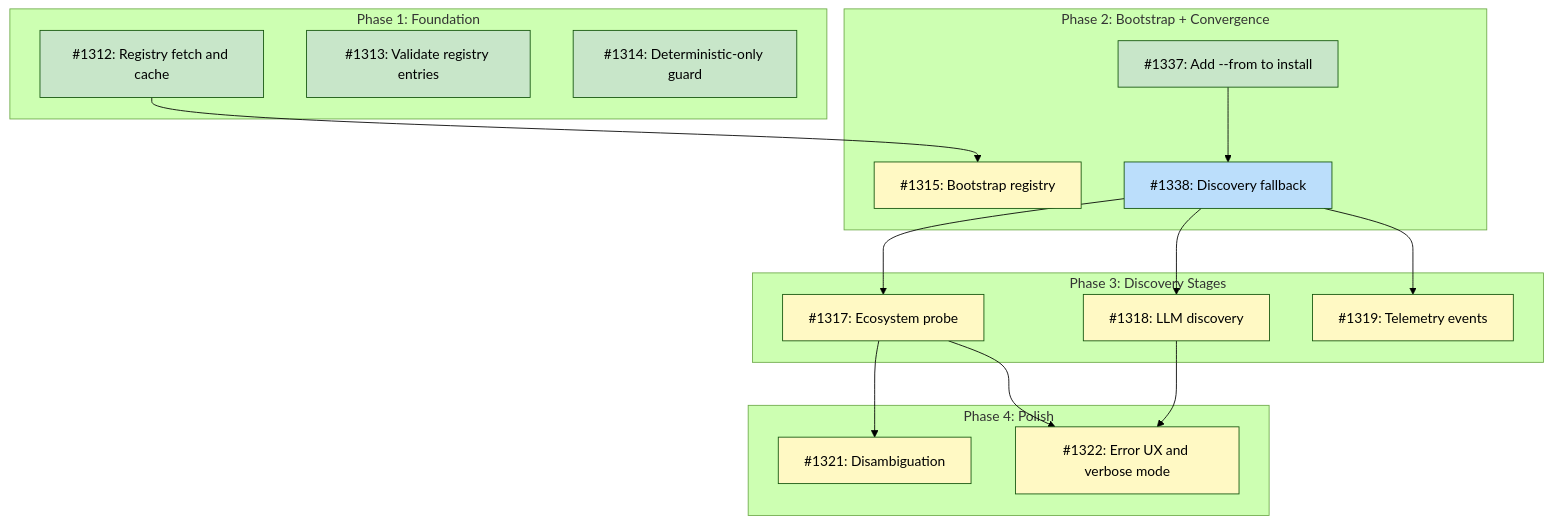
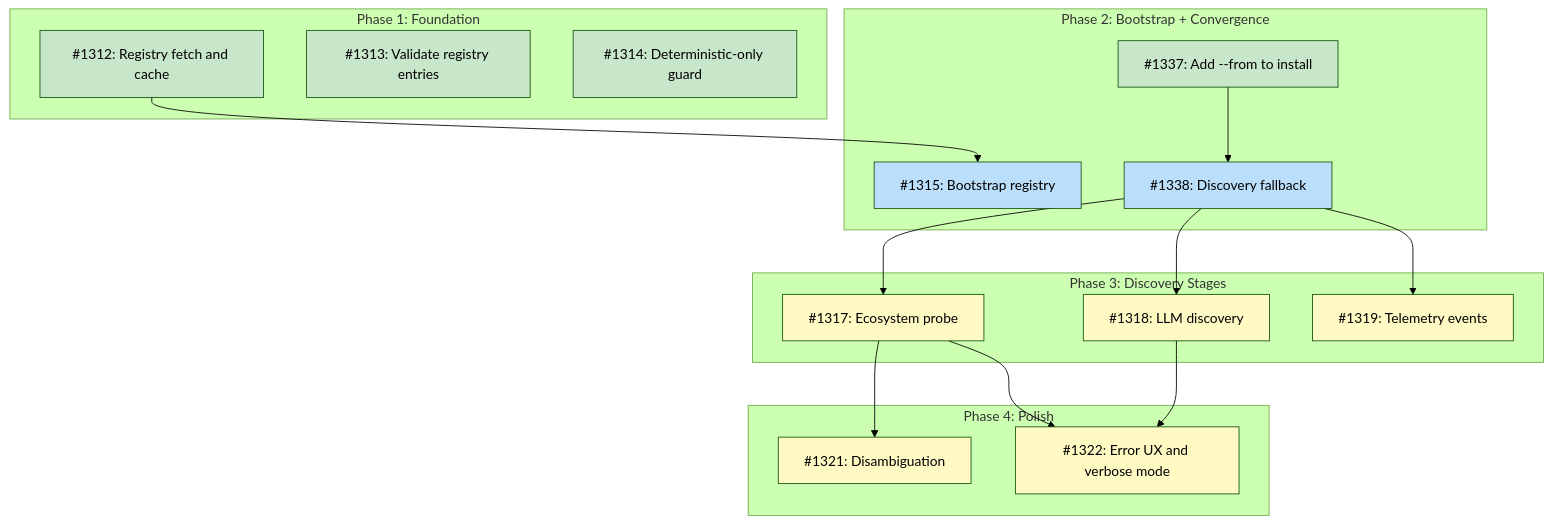
The diagram in docs/designs/DESIGN-discovery-resolver.md (tsukumogami/tsuku), drawn with Mermaid (forest theme) before and after one commit. The commit also changed 4 other files, not shown here.

Commit message:
chore: fix CI — remove wip artifacts, fix diagram class for #1315

````diff
--- a/docs/designs/DESIGN-discovery-resolver.md
+++ b/docs/designs/DESIGN-discovery-resolver.md
@@ -60,46 +60,46 @@
 ```mermaid
 graph TD
     subgraph Phase1["Phase 1: Foundation"]
         I1312["#1312: Registry fetch and cache"]
         I1313["#1313: Validate registry entries"]
         I1314["#1314: Deterministic-only guard"]
     end
 
     subgraph Phase2["Phase 2: Bootstrap + Convergence"]
         I1315["#1315: Bootstrap registry"]
         I1337["#1337: Add --from to install"]
         I1338["#1338: Discovery fallback"]
     end
 
     subgraph Phase3["Phase 3: Discovery Stages"]
         I1317["#1317: Ecosystem probe"]
         I1318["#1318: LLM discovery"]
         I1319["#1319: Telemetry events"]
     end
 
     subgraph Phase4["Phase 4: Polish"]
         I1321["#1321: Disambiguation"]
         I1322["#1322: Error UX and verbose mode"]
     end
 
     I1312 --> I1315
     I1337 --> I1338
     I1338 --> I1317
     I1338 --> I1318
     I1338 --> I1319
     I1317 --> I1321
     I1317 --> I1322
     I1318 --> I1322
 
     classDef done fill:#c8e6c9
     classDef ready fill:#bbdefb
     classDef blocked fill:#fff9c4
     classDef needsDesign fill:#e1bee7
 
     class I1312,I1313,I1314 done
     class I1337 done
     class I1338 ready
     class I1319 blocked
-    class I1315 blocked
+    class I1315 ready
     class I1317,I1318,I1321,I1322 blocked
 ```
````
